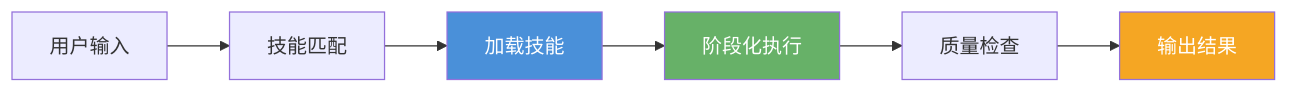
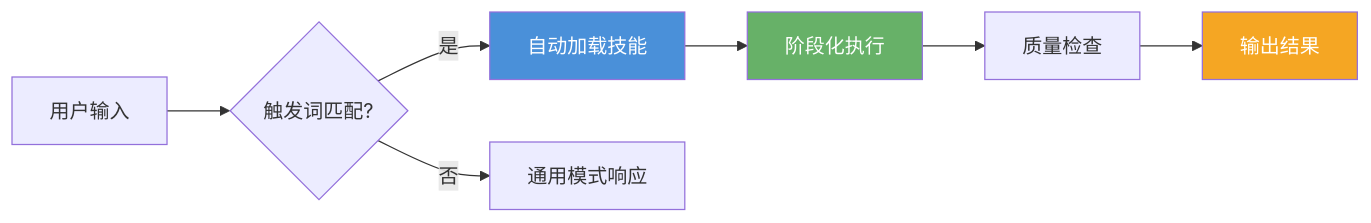
Before and after one commit to nannahelper/docs: the diagram in docs/dog-skills-from-zero/01-introduction.md, drawn with Mermaid. The commit also changed other lines of this file and 11 other files, not shown here.

````diff
--- a/docs/dog-skills-from-zero/01-introduction.md
+++ b/docs/dog-skills-from-zero/01-introduction.md
@@ -86,12 +111,13 @@
 ```mermaid
 flowchart LR
-    A[用户输入] --> B[技能匹配]
-    B --> C[加载技能]
-    C --> D[阶段化执行]
-    D --> E[质量检查]
-    E --> F[输出结果]
+    A[用户输入] --> B{触发词匹配?}
+    B -->|是| C[自动加载技能]
+    B -->|否| D[通用模式响应]
+    C --> E[阶段化执行]
+    E --> F[质量检查]
+    F --> G[输出结果]
     
     style C fill:#4a90d9,color:#fff
-    style D fill:#67b168,color:#fff
-    style F fill:#f5a623,color:#fff
+    style E fill:#67b168,color:#fff
+    style G fill:#f5a623,color:#fff
 ```
````
